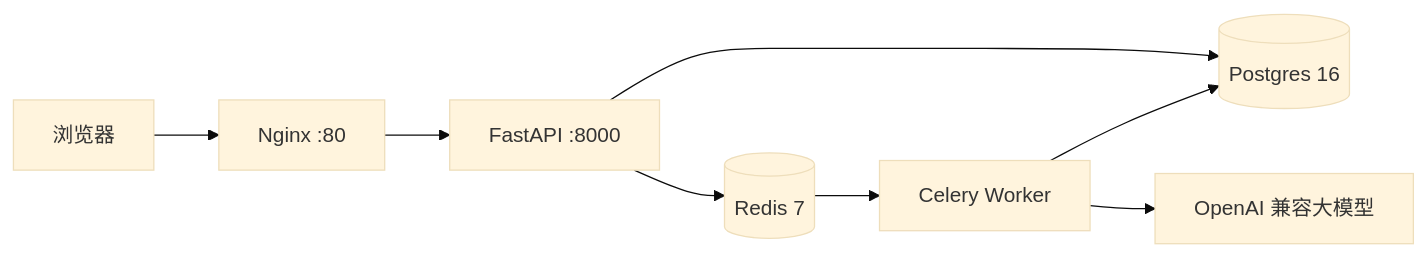
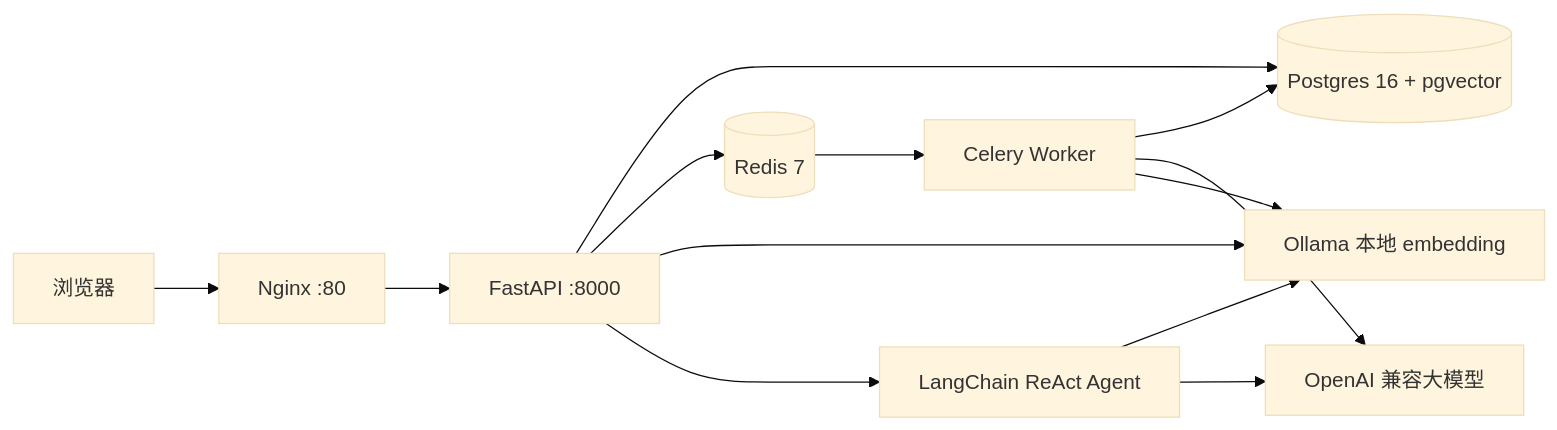
The diagram in README.md (witwarmthhumor/AIResume-analysis-platform-AI-), drawn with Mermaid (base theme) before and after one commit. The commit also changed other lines of this file and 23 other files, not shown here.

First line of the commit message:
feat: v3.5 混合检索提优 + Agent 四工具 + 面试复盘雷达图 + 分析版本对比

````diff
--- a/README.md
+++ b/README.md
@@ -52,10 +59,15 @@
 ```mermaid
 flowchart LR
   Browser[浏览器] --> Nginx[Nginx :80]
   Nginx --> API[FastAPI :8000]
-  API --> DB[(Postgres 16)]
+  API --> DB[(Postgres 16 + pgvector)]
   API --> Redis[(Redis 7)]
+  API --> Ollama[Ollama 本地 embedding]
+  API --> Agent[LangChain ReAct Agent]
+  Agent --> Ollama
+  Agent --> AI[OpenAI 兼容大模型]
   Redis --> Worker[Celery Worker]
   Worker --> DB
-  Worker --> AI[OpenAI 兼容大模型]
+  Worker --> AI
+  Worker --> Ollama
 ```
````
